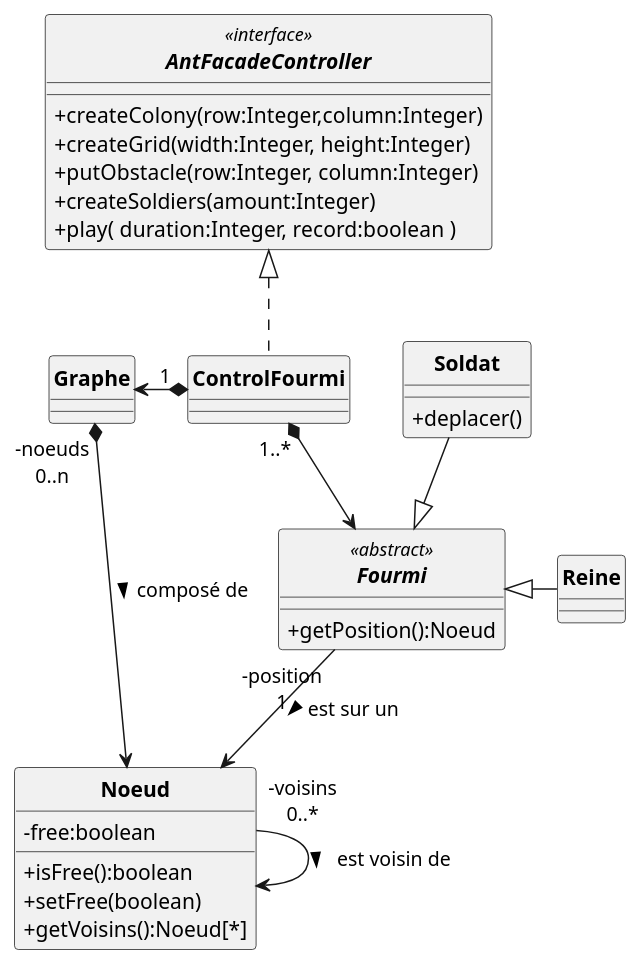
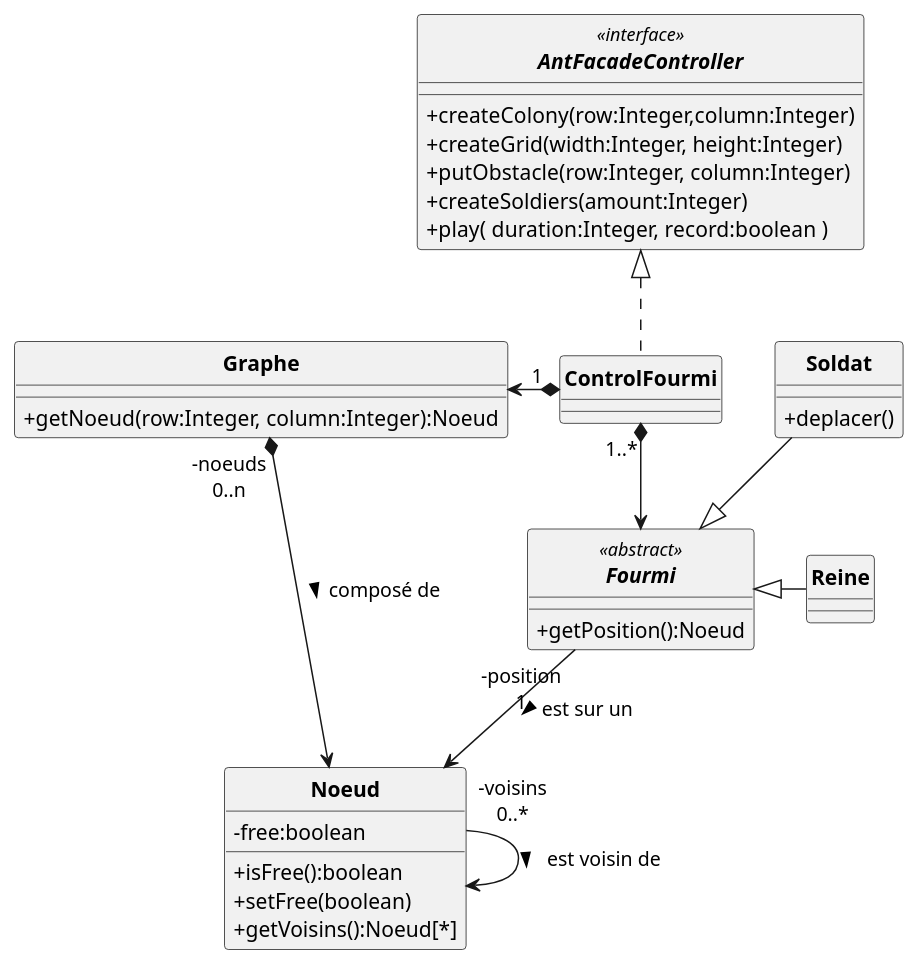
The diagram in Code/uml/Fourmis_DC.puml (ErenMustafaGit/ColonieFourmis), drawn with PlantUML before and after one commit. The commit also changed 2 other files, not shown here.

Commit message:
Ajout de getNoeud dans le diagramme de classe + Ajout du diagramme de séquence d'instanciation et de la 1ere itération

```diff
--- a/Code/uml/Fourmis_DC.puml
+++ b/Code/uml/Fourmis_DC.puml
@@ -1,63 +1,66 @@
 @startuml
 'https://plantuml.com/sequence-diagram
 allow_mixing
 skinparam style strictuml
 skinparam classAttributeIconSize 0
 skinparam circledCharacterRadius 0
 skinparam circledCharacterFontSize 0
 skinparam classFontStyle Bold
 'autonumber
 
 'Controleur
 interface AntFacadeController <<interface>> {
     '+setParameters( evaporationParam:Integer, foodParam:Integer, pheromoneParam:Integer )
     +createColony(row:Integer,column:Integer)
     +createGrid(width:Integer, height:Integer)
     +putObstacle(row:Integer, column:Integer)
     '+putFood( row:Integer, column:Integer, quantity:Integer);
     '+createWorkers( amount:Integer )
     +createSoldiers(amount:Integer)
     '+setAntFile(antLogFile:String);
     +play( duration:Integer, record:boolean )
 }
 
 class Noeud {
     -free:boolean
     +isFree():boolean
     +setFree(boolean)
     +getVoisins():Noeud[*]
 }
 
 abstract Fourmi <<abstract>> {
     +getPosition():Noeud
 }
 class Reine{
 
 
 }
 class Soldat{
     +deplacer()
 }
 
 
 'class Graphe implements AntFacadeController{
 class ControlFourmi implements AntFacadeController{
 
 }
 
 class ControlFourmi{
 }
 
+class Graphe{
+ +getNoeud(row:Integer, column:Integer):Noeud
+}
 
 
 Soldat --|> Fourmi
 Reine -l-|> Fourmi
 
 ControlFourmi "1 " *-l-> Graphe
 ControlFourmi "1..*" *--> Fourmi
 
 Graphe "-noeuds\n0..n" *-r-> Noeud : composé de >
 Fourmi "-position\n1" --> Noeud : est sur un >
 Noeud "-voisins\n0..*" -> Noeud : est voisin de >
 
 @enduml
```
